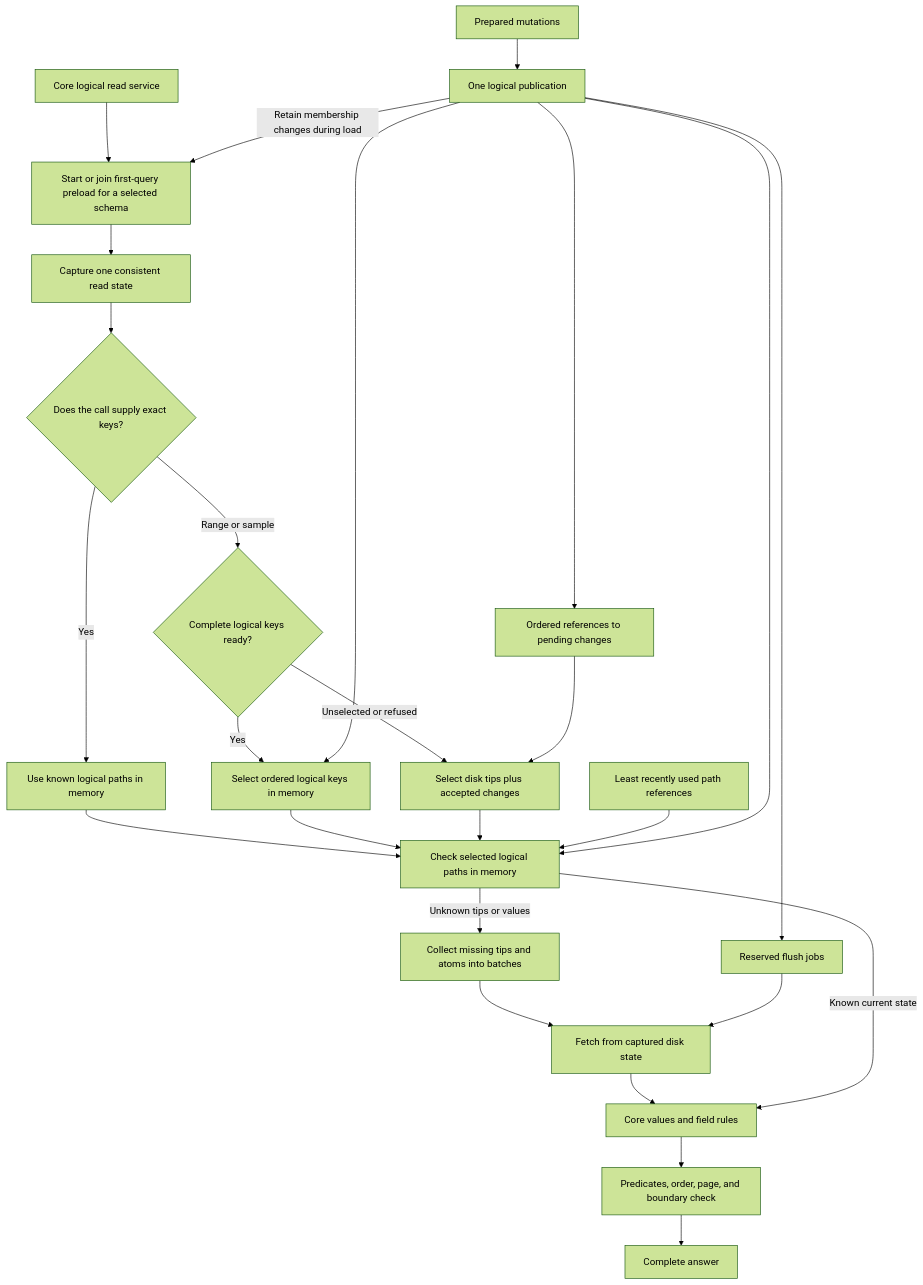
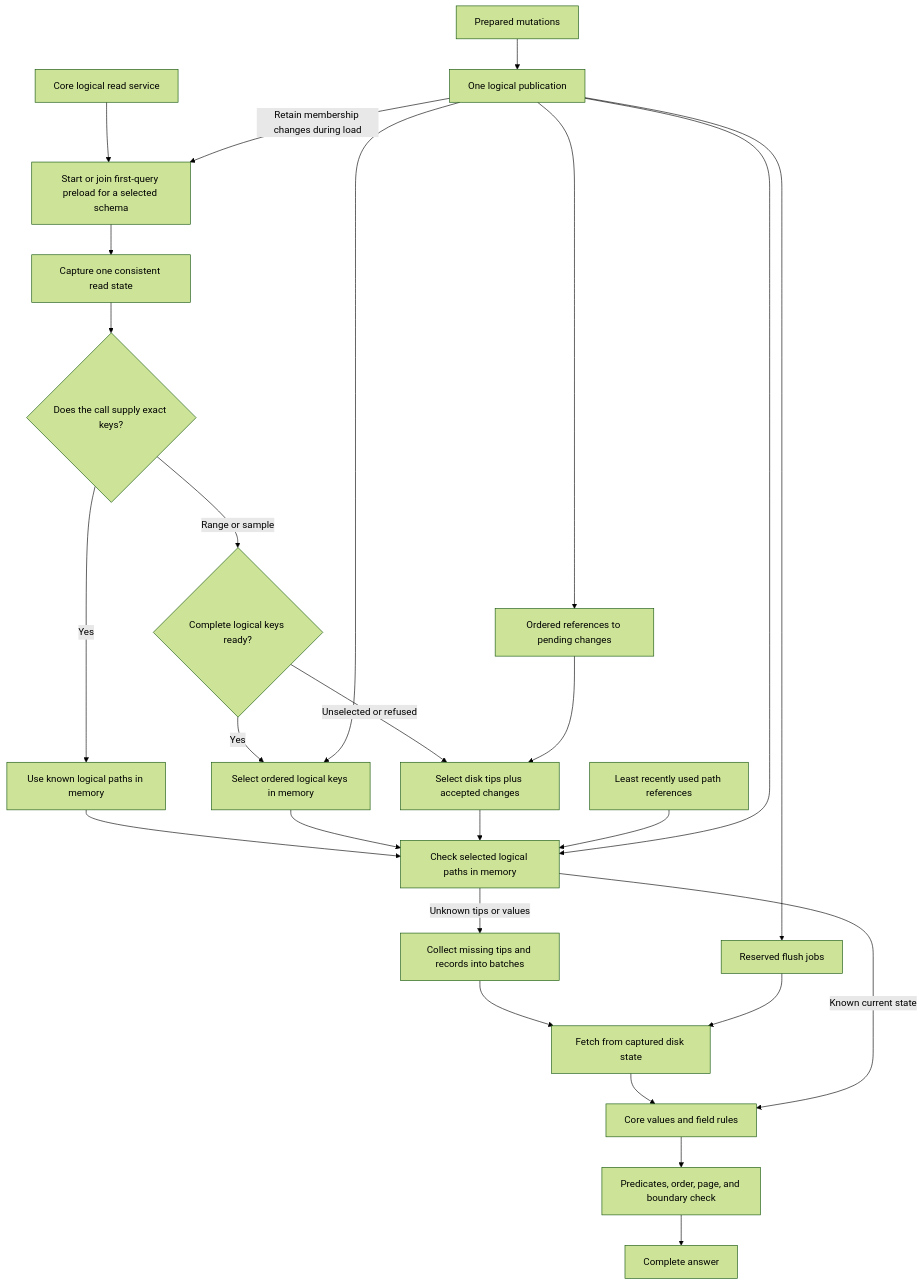
The diagram in docs/lastdb-logical-warm-set-design.md (EdgeVector/lastdb), drawn with Mermaid (forest theme) before and after one commit. The commit also changed other lines of this file and 485 other files, not shown here.

````diff
--- a/docs/lastdb-logical-warm-set-design.md
+++ b/docs/lastdb-logical-warm-set-design.md
@@ -90,28 +89,28 @@
 ```mermaid
 flowchart TD
     Q[Core logical read service] --> G[Start or join first-query preload for a selected schema]
     G --> S[Capture one consistent read state]
     S --> E{Does the call supply exact keys?}
     E -->|Yes| X[Use known logical paths in memory]
     E -->|Range or sample| R{Complete logical keys ready?}
     R -->|Yes| K[Select ordered logical keys in memory]
     R -->|Unselected or refused| O[Select disk tips plus accepted changes]
     X --> M[Check selected logical paths in memory]
     K --> M
     O --> M
-    M -->|Unknown tips or values| B[Collect missing tips and atoms into batches]
+    M -->|Unknown tips or values| B[Collect missing tips and records into batches]
     B --> D[Fetch from captured disk state]
     D --> F[Core values and field rules]
     M -->|Known current state| F
     F --> V[Predicates, order, page, and boundary check]
     V --> A[Complete answer]
     L[Least recently used path references] --> M
     W[Prepared mutations] --> P[One logical publication]
     P --> M
     P --> U[Ordered references to pending changes]
     U --> O
     P --> K
     P -->|Retain membership changes during load| G
     P --> J[Reserved flush jobs]
     J --> D
 ```
````
